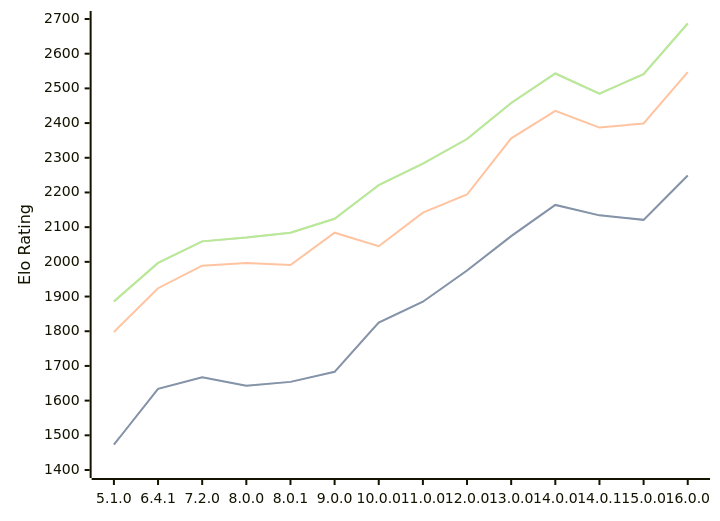
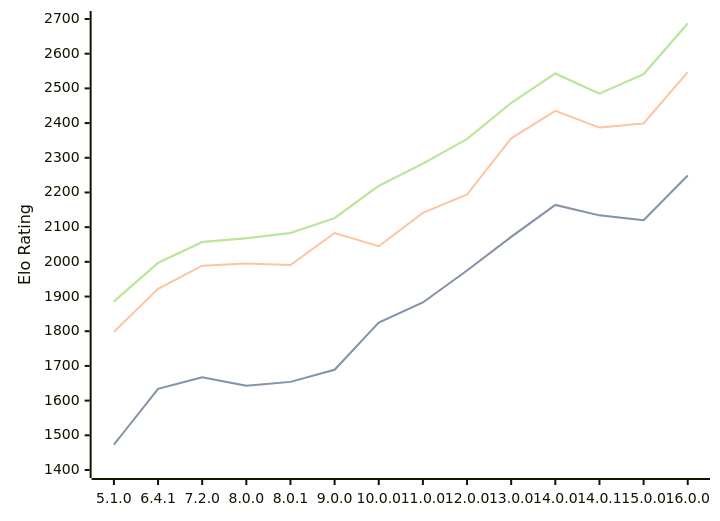
Before and after one commit to computer-chess-index/cci: the diagram in engines/Cepimetheus.md, drawn with Mermaid. The commit also changed other lines of this file, not shown here.

Commit message:
Update CCI Ratings (ELO VLTC) - 2026-09-11

````diff
--- a/engines/Cepimetheus.md
+++ b/engines/Cepimetheus.md
@@ -67,11 +67,11 @@
 ```mermaid
 %%{init: {"theme":"base","themeVariables":{"seriesColors:['#a3a3a3','#222221','#faa371']}}}%%
 xychart-beta
   x-axis ["5.1.0", "6.4.1", "7.2.0", "8.0.0", "8.0.1", "9.0.0", "10.0.0", "11.0.0", "12.0.0", "13.0.0", "14.0.0", "14.0.1", "15.0.0", "16.0.0"]
   y-axis "Elo Rating" 1400 --> 2700
-  line "" [1473, 1634, 1667, 1643, 1654, 1683, 1825, 1885, 1975, 2074, 2164, 2134, 2121, 2249]
-  line "STC (8.0+0.08s)" [1473, 1634, 1667, 1643, 1654, 1683, 1825, 1885, 1975, 2074, 2164, 2134, 2121, 2249]
-  line "LTC (60.0+0.60s)" [1798, 1924, 1989, 1997, 1991, 2084, 2045, 2142, 2194, 2356, 2435, 2387, 2399, 2547]
-  line "" [1886, 1997, 2059, 2070, 2084, 2124, 2221, 2283, 2354, 2458, 2543, 2485, 2541, 2687]
-  line "VLTC (2m24s+1.12s)" [1886, 1997, 2059, 2070, 2084, 2124, 2221, 2283, 2354, 2458, 2543, 2485, 2541, 2687]
+  line "" [1473, 1634, 1667, 1643, 1654, 1689, 1825, 1883, 1975, 2072, 2164, 2134, 2120, 2249]
+  line "STC (8.0+0.08s)" [1473, 1634, 1667, 1643, 1654, 1689, 1825, 1883, 1975, 2072, 2164, 2134, 2120, 2249]
+  line "LTC (60.0+0.60s)" [1798, 1922, 1989, 1995, 1991, 2083, 2045, 2141, 2194, 2356, 2435, 2387, 2399, 2547]
+  line "" [1886, 1997, 2057, 2068, 2083, 2126, 2219, 2283, 2354, 2458, 2543, 2485, 2541, 2687]
+  line "VLTC (2m24s+1.12s)" [1886, 1997, 2057, 2068, 2083, 2126, 2219, 2283, 2354, 2458, 2543, 2485, 2541, 2687]
 ```
````
